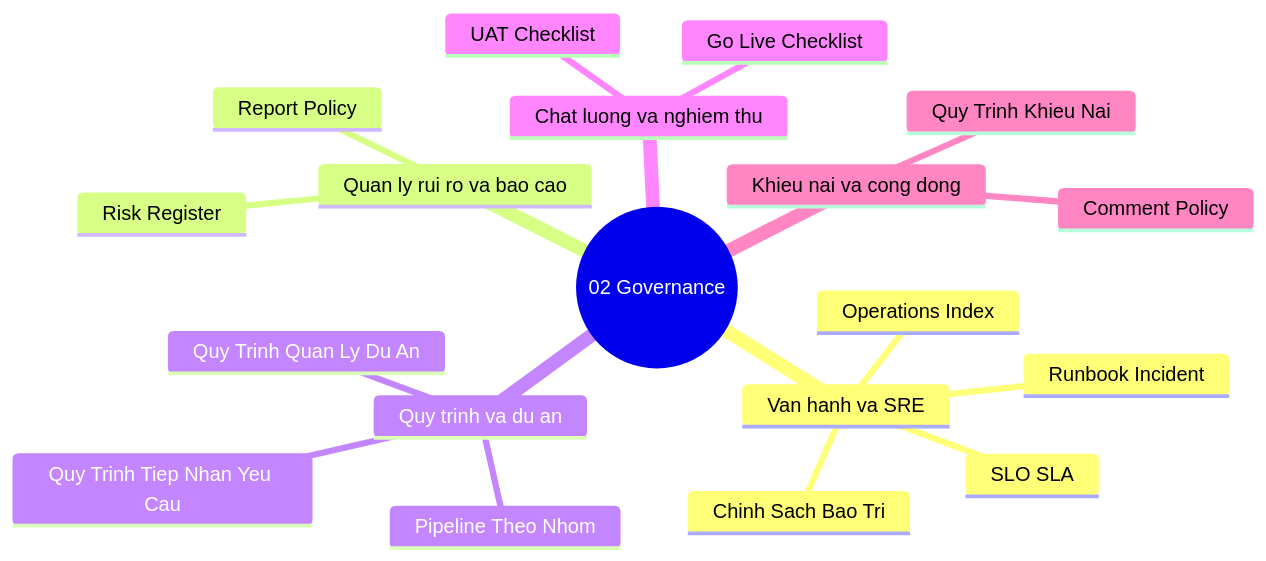
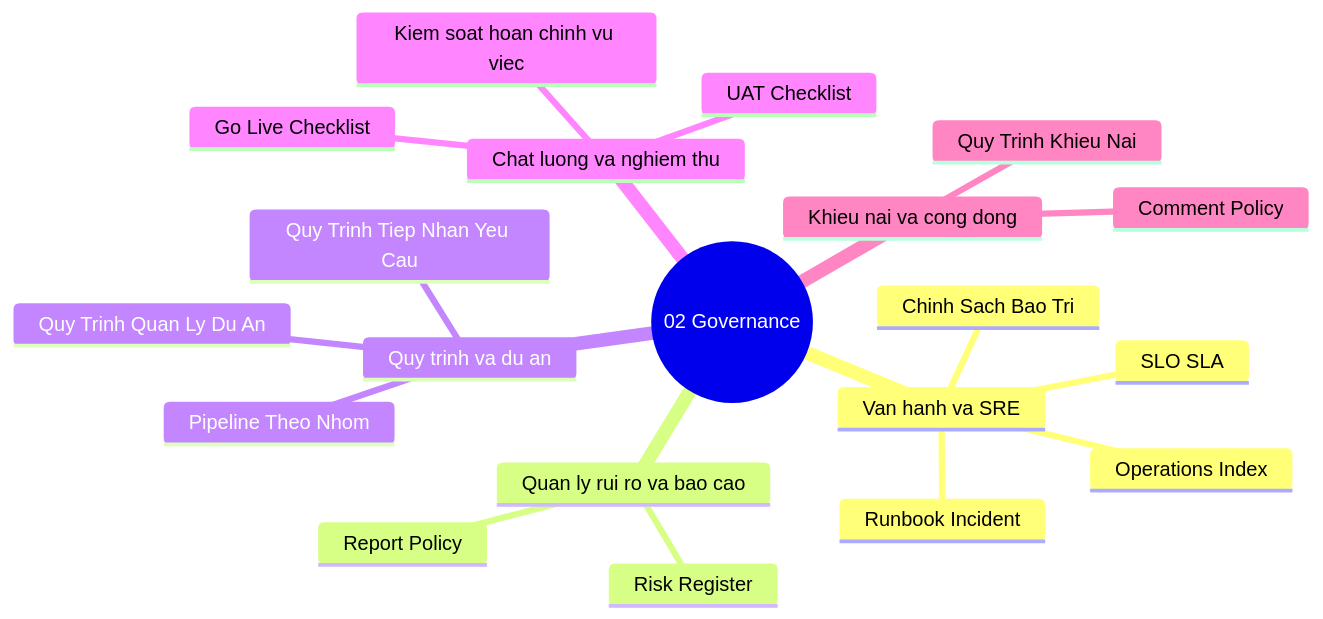
Before and after one commit to vntayemm/demo-chatbot: the diagram in docs/content/02-governance/index.md, drawn with Mermaid. The commit also changed other lines of this file and 10 other files, not shown here.

````diff
--- a/docs/content/02-governance/index.md
+++ b/docs/content/02-governance/index.md
@@ -26,22 +27,23 @@
 ```mermaid
 mindmap
   root((02 Governance))
     Van hanh va SRE
       Operations Index
       SLO SLA
       Runbook Incident
       Chinh Sach Bao Tri
     Quan ly rui ro va bao cao
       Risk Register
       Report Policy
     Quy trinh va du an
       Quy Trinh Quan Ly Du An
       Pipeline Theo Nhom
       Quy Trinh Tiep Nhan Yeu Cau
     Chat luong va nghiem thu
       UAT Checklist
       Go Live Checklist
+      Kiem soat hoan chinh vu viec
     Khieu nai va cong dong
       Quy Trinh Khieu Nai
       Comment Policy
 ```
````
